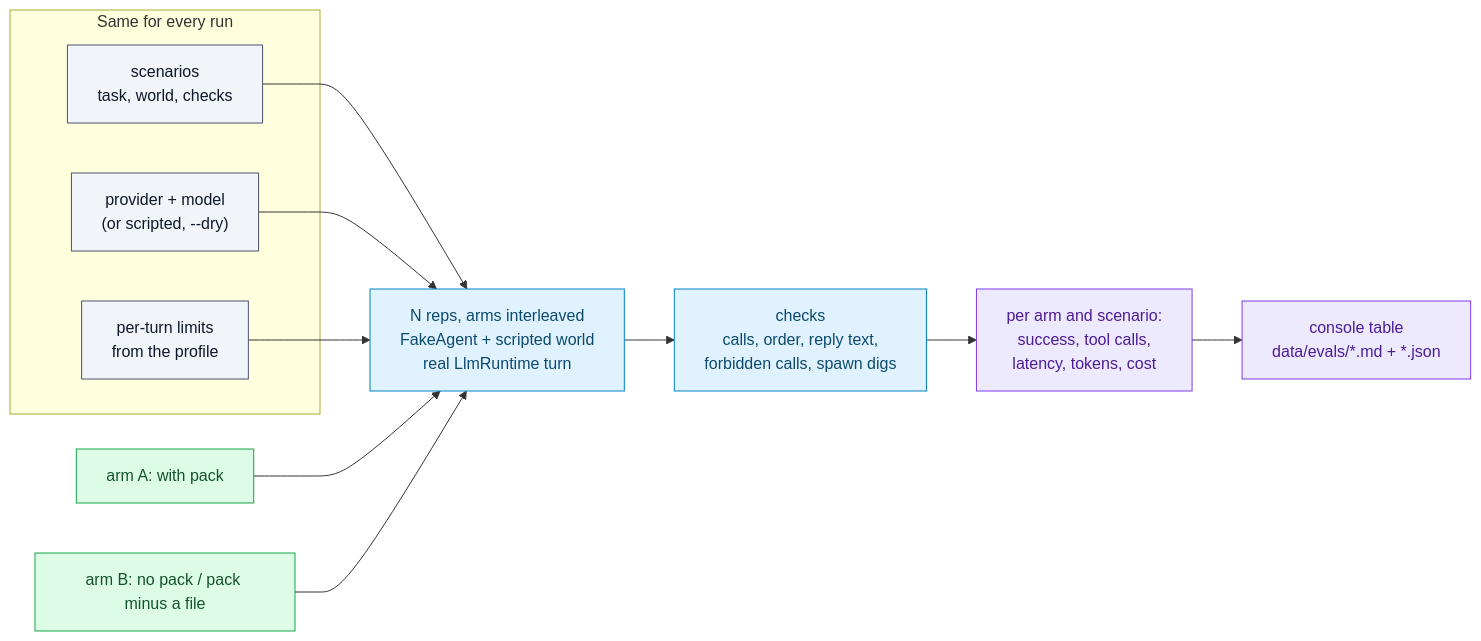
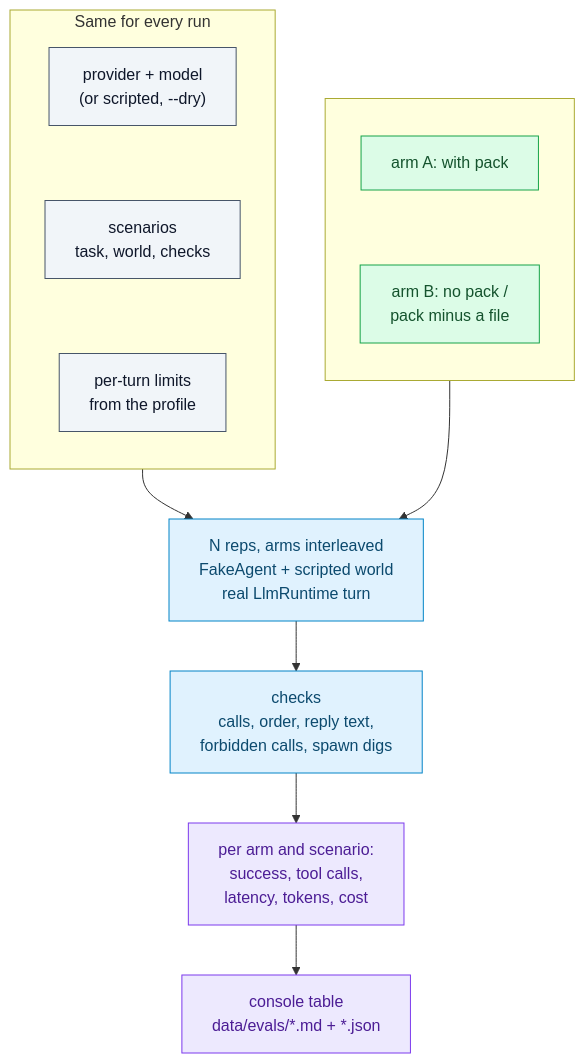
One commit to thereisnotime/golemkit changed the second of 2 diagrams in docs/guide/context-pack.md. Above: the diagram before and after it, drawn with Mermaid. The commit also changed other lines of this file and 20 other files, not shown here.

First line of the commit message:
Docs: replace the last ASCII diagrams with mermaid, make wide charts top-down to fit the column

````diff
--- a/docs/guide/context-pack.md
+++ b/docs/guide/context-pack.md
@@ -285,24 +278,29 @@
 ```mermaid
-flowchart LR
+flowchart TB
   subgraph setup["Same for every run"]
+    direction TB
     PR["provider + model<br/>(or scripted, --dry)"]
     SC["scenarios<br/>task, world, checks"]
     LIM["per-turn limits<br/>from the profile"]
   end
-  SC --> RUN
-  PR --> RUN
-  LIM --> RUN
-  A["arm A: with pack"] --> RUN
-  B["arm B: no pack / pack minus a file"] --> RUN
+  subgraph arms[" "]
+    direction TB
+    A["arm A: with pack"]
+    B["arm B: no pack /<br/>pack minus a file"]
+  end
+  PR ~~~ SC ~~~ LIM
+  A ~~~ B
+  setup --> RUN
+  arms --> RUN
   RUN["N reps, arms interleaved<br/>FakeAgent + scripted world<br/>real LlmRuntime turn"] --> CH["checks<br/>calls, order, reply text,<br/>forbidden calls, spawn digs"]
   CH --> AG["per arm and scenario:<br/>success, tool calls,<br/>latency, tokens, cost"]
   AG --> OUT["console table<br/>data/evals/*.md + *.json"]
   classDef same fill:#f1f5f9,stroke:#475569,color:#0f172a
   classDef arm fill:#dcfce7,stroke:#16a34a,color:#14532d
   classDef run fill:#e0f2fe,stroke:#0284c7,color:#0c4a6e
   classDef out fill:#ede9fe,stroke:#7c3aed,color:#4c1d95
   class PR,SC,LIM same
   class A,B arm
   class RUN,CH run
   class AG,OUT out
 ```
````
